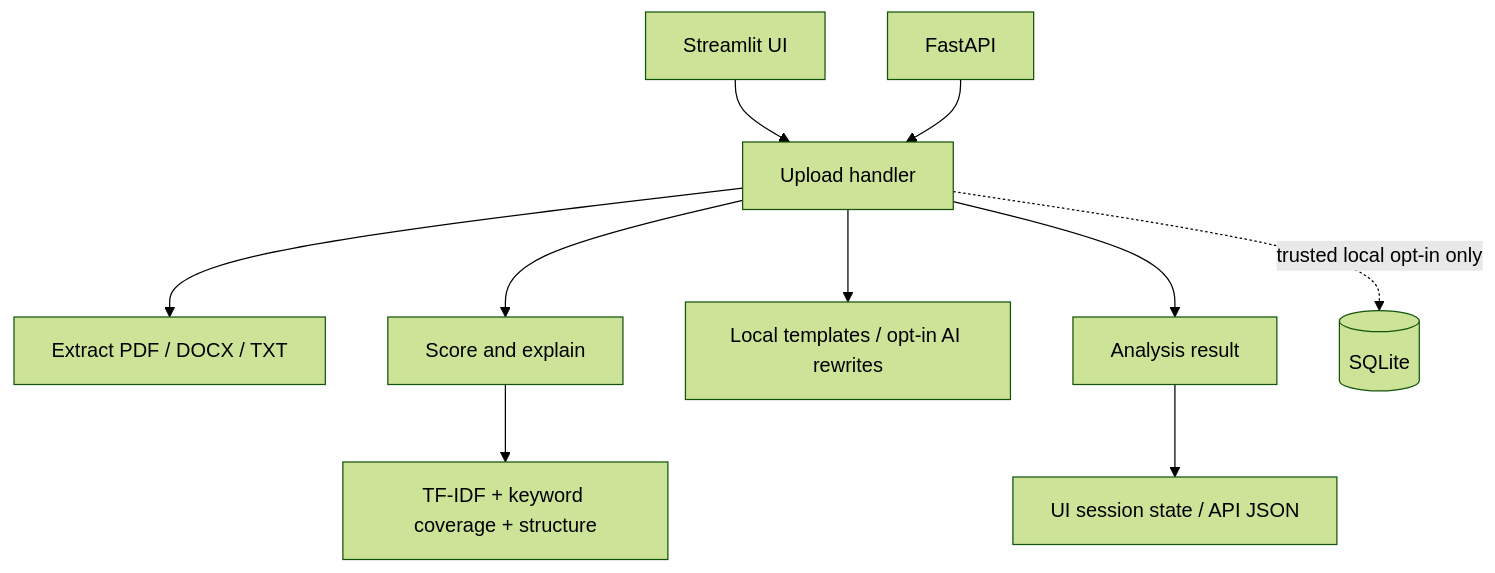
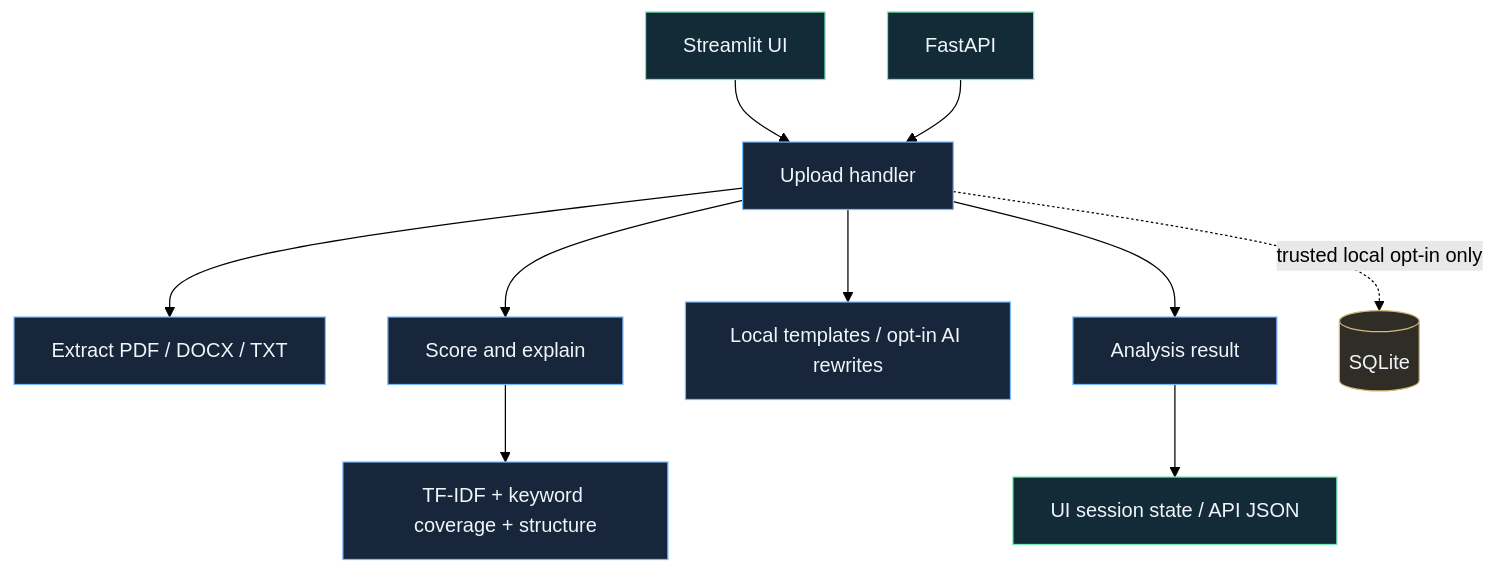
The diagram in README.md (TJA0308/jobfit-ai), drawn with Mermaid (forest theme) before and after one commit. The commit also changed other lines of this file and 3 other files, not shown here.

````diff
--- a/README.md
+++ b/README.md
@@ -112,12 +174,18 @@
 ```mermaid
 flowchart TD
     UI[Streamlit UI] --> UP[Upload handler]
     API[FastAPI] --> UP
     UP --> PARSE[Extract PDF / DOCX / TXT]
     UP --> SCORE[Score and explain]
     SCORE --> NLP[TF-IDF + keyword coverage + structure]
     UP --> REWRITE[Local templates / opt-in AI rewrites]
     UP --> RESULT[Analysis result]
     RESULT --> SESSION[UI session state / API JSON]
     UP -. trusted local opt-in only .-> DB[(SQLite)]
+    classDef interface fill:#132b36,stroke:#78e9b5,color:#eff6fb
+    classDef core fill:#18263b,stroke:#79baff,color:#eff6fb
+    classDef optional fill:#302d27,stroke:#d6b87b,color:#eff6fb
+    class UI,API,SESSION interface
+    class UP,PARSE,SCORE,NLP,REWRITE,RESULT core
+    class DB optional
 ```
````
